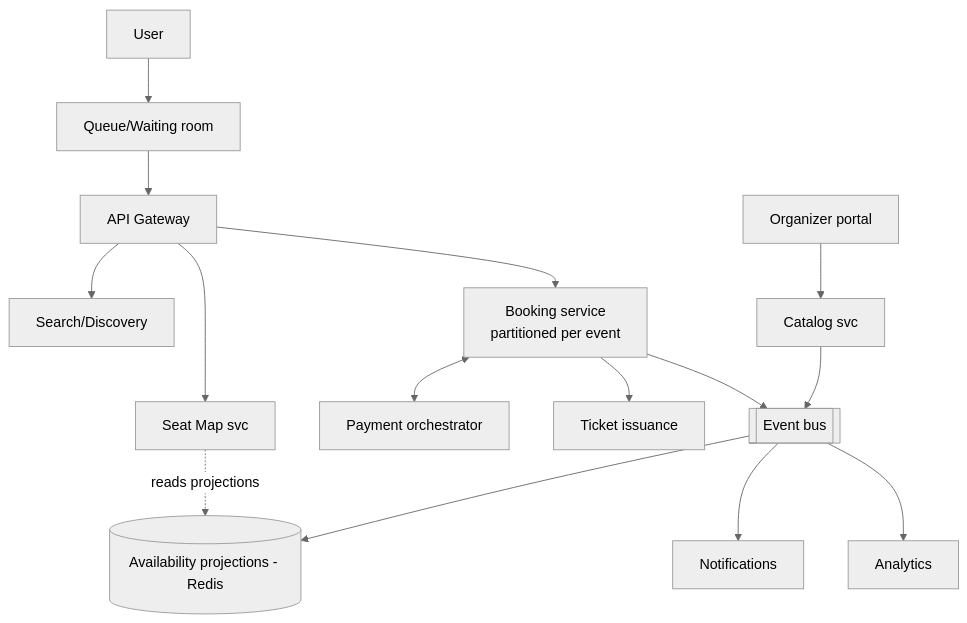
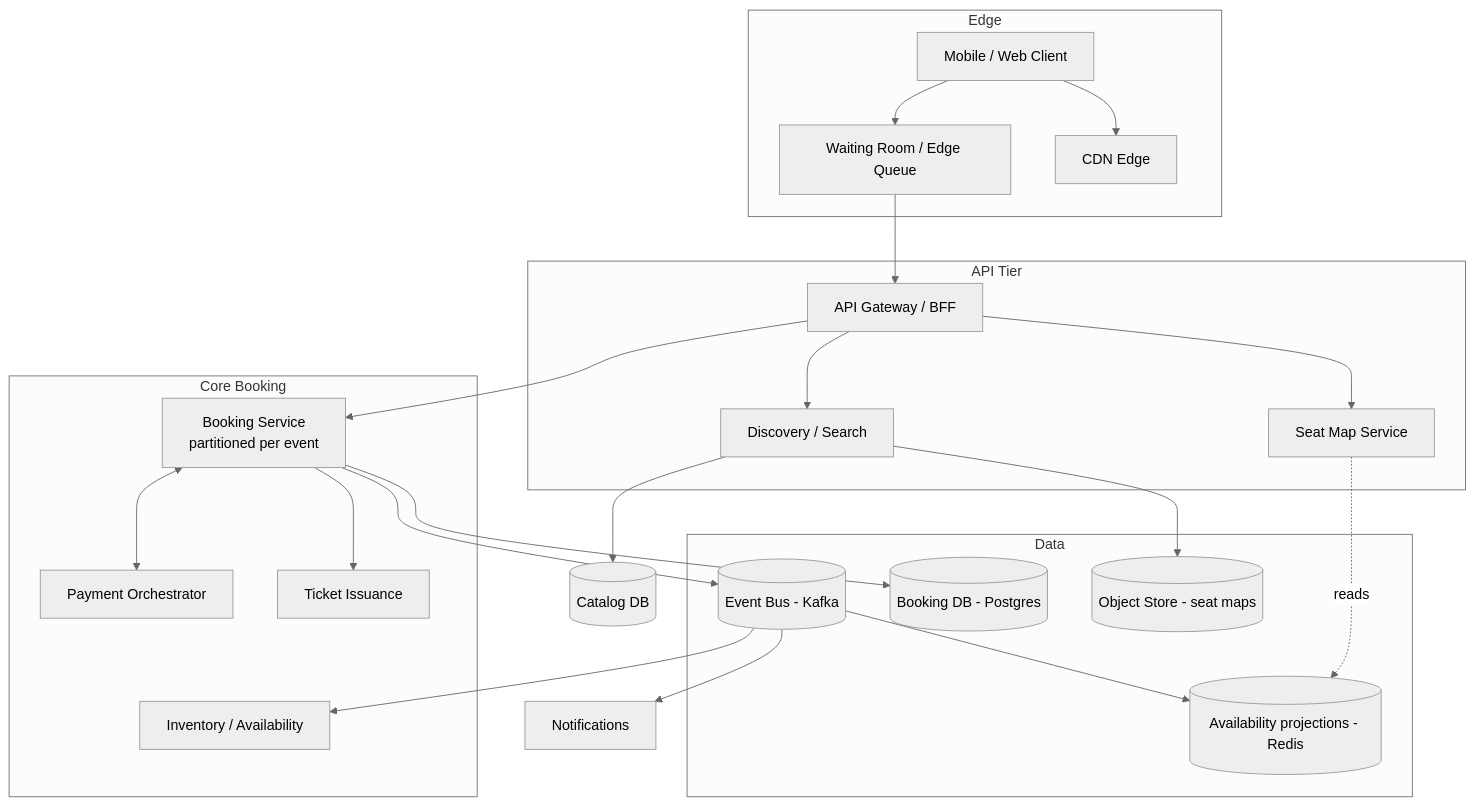
One commit to abhishekghoshh/system-design-helper changed the first of 14 diagrams in docs/system-design/high-level/designing/advanced/bookmyshow.md. Above: the diagram before and after it, drawn with Mermaid (neutral theme). The commit also changed other lines of this file and 107 other files, not shown here.

````diff
--- a/docs/system-design/high-level/designing/advanced/bookmyshow.md
+++ b/docs/system-design/high-level/designing/advanced/bookmyshow.md
@@ -149,17 +63,42 @@
 ```mermaid
-flowchart TB
-    U[User] --> Q[Queue/Waiting room]
-    Q --> GW[API Gateway]
-    GW --> DISC[Search/Discovery]
-    GW --> SM[Seat Map svc]
-    SM -.reads projections.-> PROJ[(Availability projections - Redis)]
-    GW --> BK[Booking service<br/>partitioned per event]
-    BK <--> PAY[Payment orchestrator]
-    BK --> TIX[Ticket issuance]
-    BK --> BUS[[Event bus]]
+graph TD
+    subgraph Edge
+        C[Mobile / Web Client]
+        WR[Waiting Room / Edge Queue]
+        CDN[CDN Edge]
+    end
+    subgraph "API Tier"
+        GW[API Gateway / BFF]
+        DISC[Discovery / Search]
+        SM[Seat Map Service]
+    end
+    subgraph "Core Booking"
+        BK[Booking Service<br/>partitioned per event]
+        PAY[Payment Orchestrator]
+        TIX[Ticket Issuance]
+        INV[Inventory / Availability]
+    end
+    subgraph Data
+        BUS[(Event Bus - Kafka)]
+        PROJ[(Availability projections - Redis)]
+        DB[(Booking DB - Postgres)]
+        OBJ[(Object Store - seat maps)]
+    end
+
+    C --> CDN
+    C --> WR
+    WR --> GW
+    GW --> DISC
+    GW --> SM
+    GW --> BK
+    BK <--> PAY
+    BK --> TIX
+    BK --> BUS
     BUS --> PROJ
+    BUS --> INV
     BUS --> NOTIF[Notifications]
-    BUS --> ANA[Analytics]
-    CAT[Catalog svc] --> BUS
-    ORG[Organizer portal] --> CAT
+    DISC --> OBJ
+    SM -.reads.-> PROJ
+    BK --> DB
+    DISC --> DISC_DB[(Catalog DB)]
 ```
````
